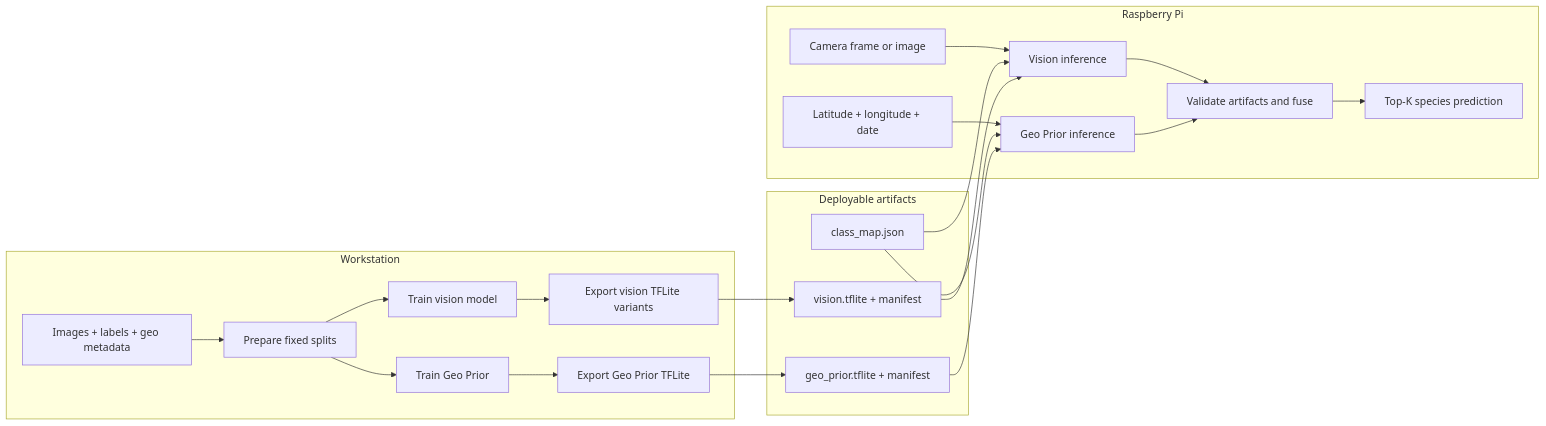
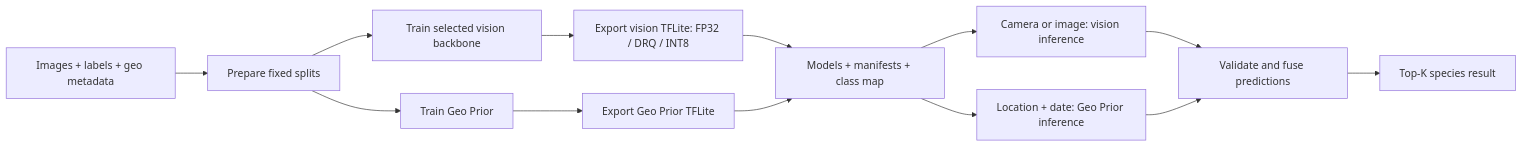
One commit to winson5566/biodiversity-edge-ai changed the diagram in README.md. Above: the diagram before and after it, drawn with Mermaid. The commit also changed other lines of this file and 1 other file, not shown here.

Commit message:
Clarify code layout and workflow diagram

````diff
--- a/README.md
+++ b/README.md
@@ -98,31 +122,15 @@
 ```mermaid
 flowchart LR
-  subgraph WS[Workstation]
-    RAW[Images + labels + geo metadata] --> PREP[Prepare fixed splits]
-    PREP --> VTRAIN[Train vision model]
-    PREP --> GTRAIN[Train Geo Prior]
-    VTRAIN --> VEXPORT[Export vision TFLite variants]
-    GTRAIN --> GEXPORT[Export Geo Prior TFLite]
-  end
-
-  subgraph ART[Deployable artifacts]
-    MAP[class_map.json]
-    VM[vision.tflite + manifest]
-    GM[geo_prior.tflite + manifest]
-  end
-
-  subgraph PI[Raspberry Pi]
-    IMAGE[Camera frame or image] --> VINF[Vision inference]
-    META[Latitude + longitude + date] --> GINF[Geo Prior inference]
-    VINF --> FUSE[Validate artifacts and fuse]
-    GINF --> FUSE
-    FUSE --> OUT[Top-K species prediction]
-  end
-
-  VEXPORT --> VM
-  GEXPORT --> GM
-  MAP --> VINF
-  MAP --> GINF
-  VM --> VINF
-  GM --> GINF
+  RAW[Images + labels + geo metadata] --> PREP[Prepare fixed splits]
+  PREP --> VTRAIN[Train selected vision backbone]
+  PREP --> GTRAIN[Train Geo Prior]
+  VTRAIN --> VEXPORT[Export vision TFLite: FP32 / DRQ / INT8]
+  GTRAIN --> GEXPORT[Export Geo Prior TFLite]
+  VEXPORT --> ART[Models + manifests + class map]
+  GEXPORT --> ART
+  ART --> VINF[Camera or image: vision inference]
+  ART --> GINF[Location + date: Geo Prior inference]
+  VINF --> FUSE[Validate and fuse predictions]
+  GINF --> FUSE
+  FUSE --> OUT[Top-K species result]
 ```
````
